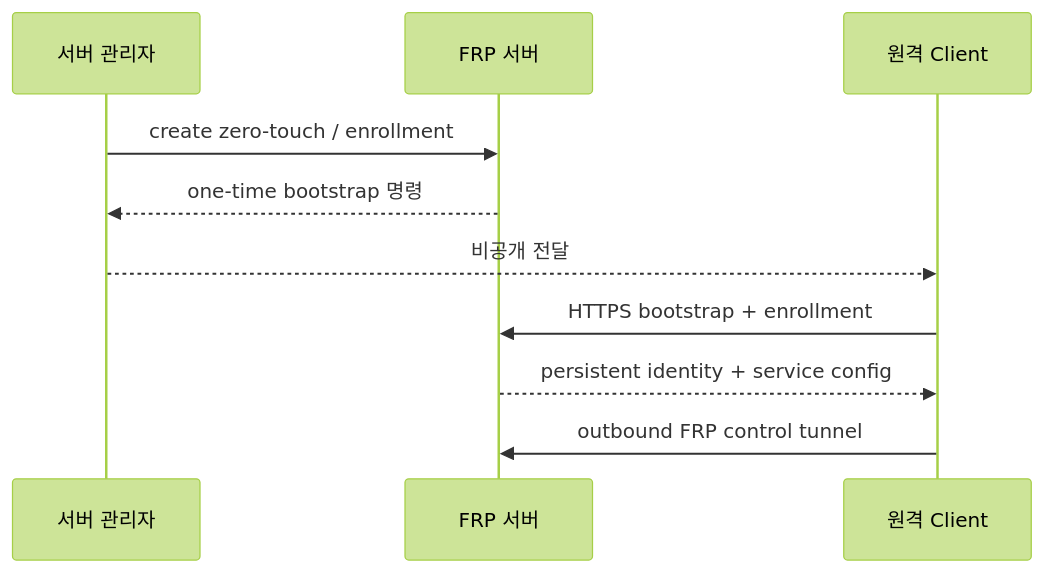
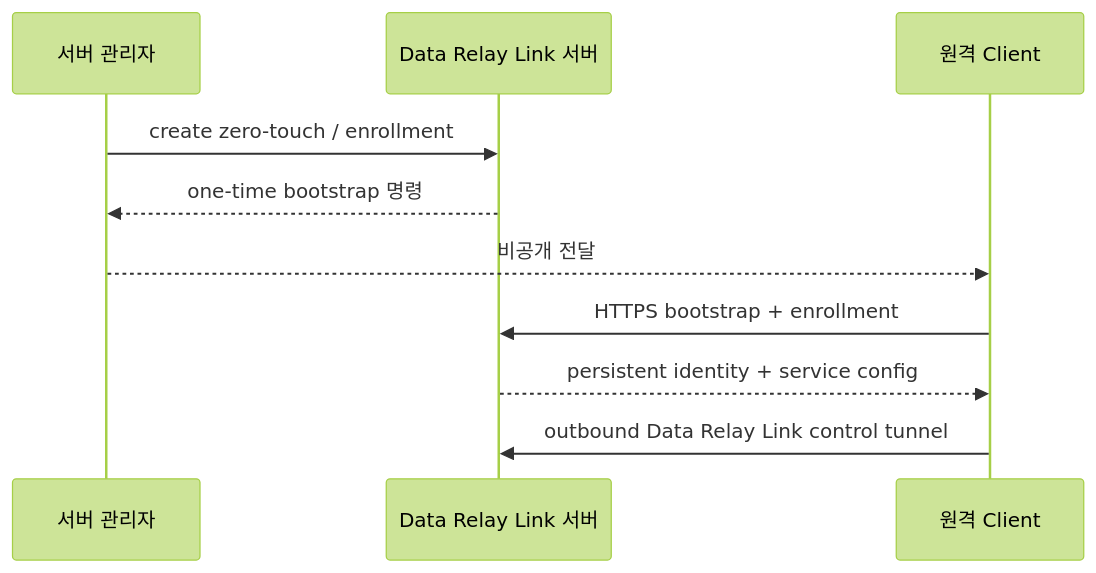
One commit to datarelay-labs/data-relay-link-docs changed the second of 2 diagrams in ko/getting-started/quickstart.mdx. Above: the diagram before and after it, drawn with Mermaid (forest theme). The commit also changed other lines of this file and 32 other files, not shown here.

````diff
--- a/ko/getting-started/quickstart.mdx
+++ b/ko/getting-started/quickstart.mdx
@@ -103,13 +103,13 @@
 ```mermaid
 sequenceDiagram
     participant A as 서버 관리자
-    participant S as FRP 서버
+    participant S as Data Relay Link 서버
     participant C as 원격 Client
 
     A->>S: create zero-touch / enrollment
     S-->>A: one-time bootstrap 명령
     A-->>C: 비공개 전달
     C->>S: HTTPS bootstrap + enrollment
     S-->>C: persistent identity + service config
-    C->>S: outbound FRP control tunnel
+    C->>S: outbound Data Relay Link control tunnel
 ```
````
